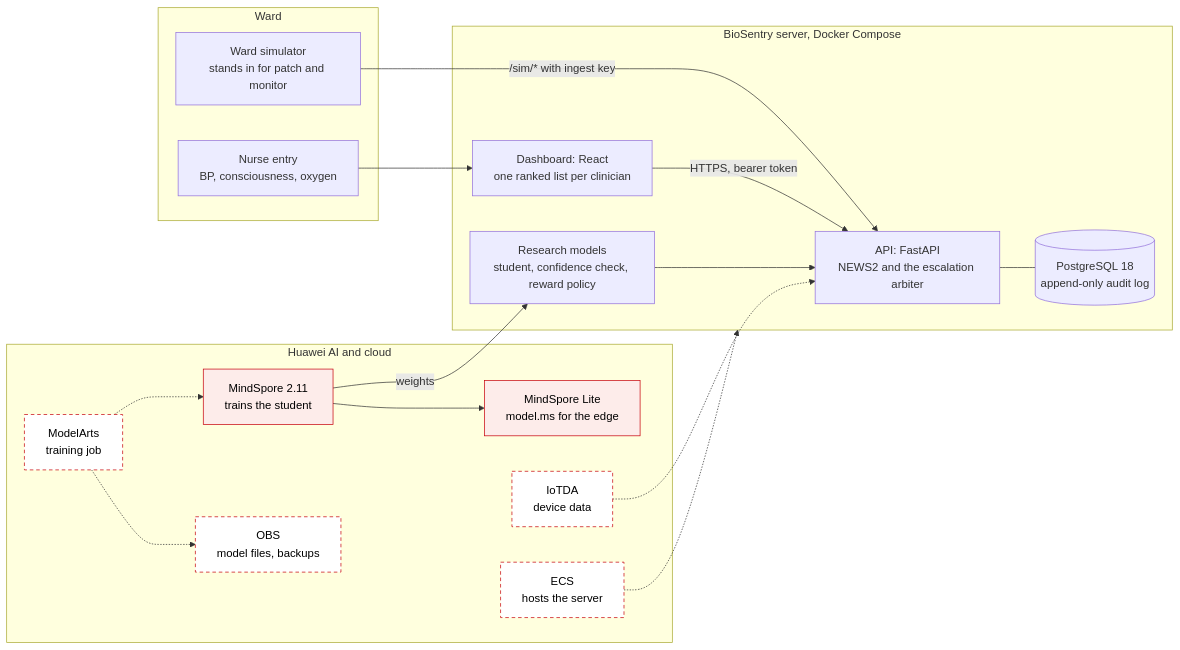
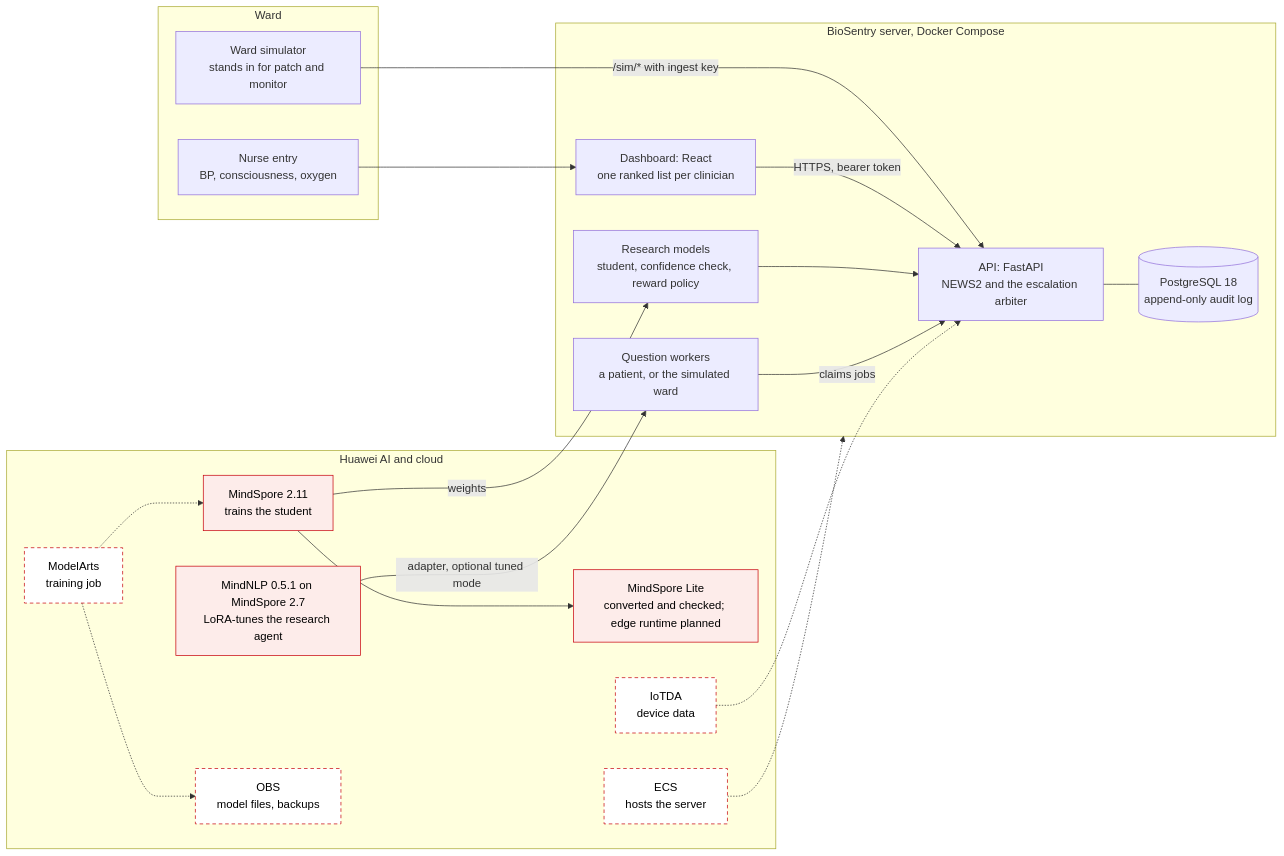
The diagram in README.md (kitchen-station/BioSentry-Intelligence), drawn with Mermaid before and after one commit. The commit also changed other lines of this file and 11 other files, not shown here.

````diff
--- a/README.md
+++ b/README.md
@@ -60,36 +60,40 @@
 ```mermaid
 flowchart LR
   subgraph ward["Ward"]
     sim["Ward simulator<br/>stands in for patch and monitor"]
     nurse["Nurse entry<br/>BP, consciousness, oxygen"]
   end
   subgraph server["BioSentry server, Docker Compose"]
     api["API: FastAPI<br/>NEWS2 and the escalation arbiter"]
     models["Research models<br/>student, confidence check, reward policy"]
     db[("PostgreSQL 18<br/>append-only audit log")]
     web["Dashboard: React<br/>one ranked list per clinician"]
+    agent["Question workers<br/>a patient, or the simulated ward"]
   end
   subgraph huawei["Huawei AI and cloud"]
     ms["MindSpore 2.11<br/>trains the student"]
-    lite["MindSpore Lite<br/>model.ms for the edge"]
+    lite["MindSpore Lite<br/>converted and checked; edge runtime planned"]
+    nlp["MindNLP 0.5.1 on MindSpore 2.7<br/>LoRA-tunes the research agent"]
     ma["ModelArts<br/>training job"]
     obs["OBS<br/>model files, backups"]
     ecs["ECS<br/>hosts the server"]
     iot["IoTDA<br/>device data"]
   end
   sim -- "/sim/* with ingest key" --> api
   nurse --> web
   web -- "HTTPS, bearer token" --> api
   api --- db
   models --> api
   ms -- "weights" --> models
   ms --> lite
+  agent -- "claims jobs" --> api
+  nlp -- "adapter, optional tuned mode" --> agent
   ma -.-> ms
   ma -.-> obs
   ecs -.-> server
   iot -.-> api
   classDef used fill:#fdecea,stroke:#c7000b,color:#000
   classDef planned fill:#ffffff,stroke:#c7000b,stroke-dasharray:5 4,color:#000
-  class ms,lite used
+  class ms,lite,nlp used
   class ma,obs,ecs,iot planned
 ```
````
